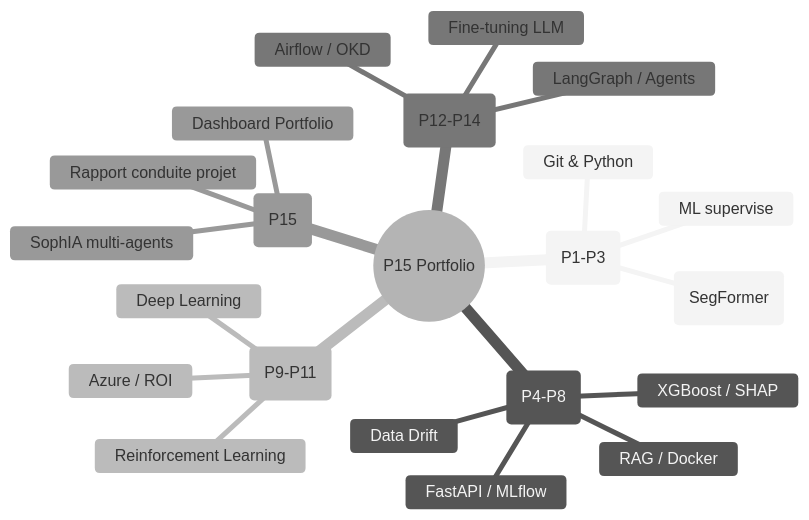
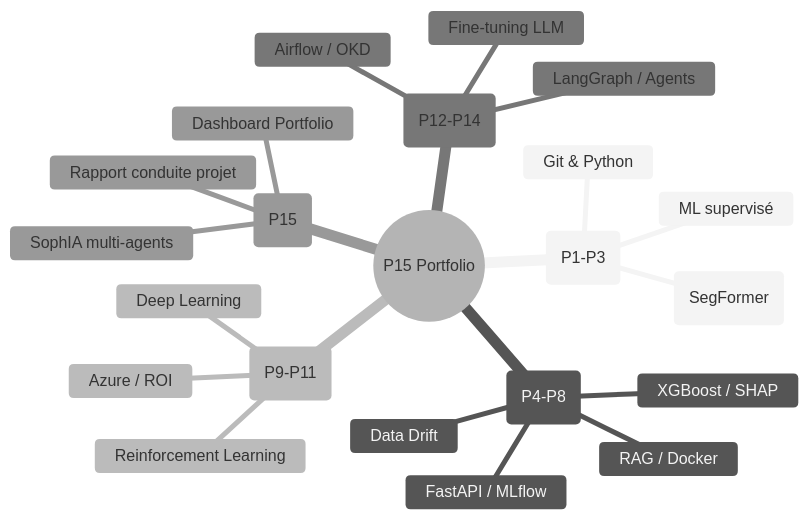
Before and after one commit to Kisai-DG-SLU/portfolio: the diagram in docs/rapport_conduite_projet.md, drawn with Mermaid (neutral theme). The commit also changed other lines of this file, not shown here.

````diff
--- a/docs/rapport_conduite_projet.md
+++ b/docs/rapport_conduite_projet.md
@@ -378,25 +378,25 @@
 ```mermaid
 mindmap
   root((P15 Portfolio))
     Fondamentaux (P1-P3)
       Git & Python
       API IA (SegFormer)
-      ML supervise
+      ML supervisé
     ML & MLOps (P4-P8)
       XGBoost / SHAP
       FastAPI / MLflow
       RAG / Docker
       Data Drift
-    Vision strategique (P9-P11)
+    Vision stratégique (P9-P11)
       Azure / ROI
       Deep Learning
       Reinforcement Learning
     Architecture (P12-P14)
       Airflow / OKD
       LangGraph / Agents
       Fine-tuning LLM
-    Synthese (P15)
+    Synthèse (P15)
       SophIA multi-agents
       Dashboard Portfolio
       Rapport conduite projet
 ```
````
